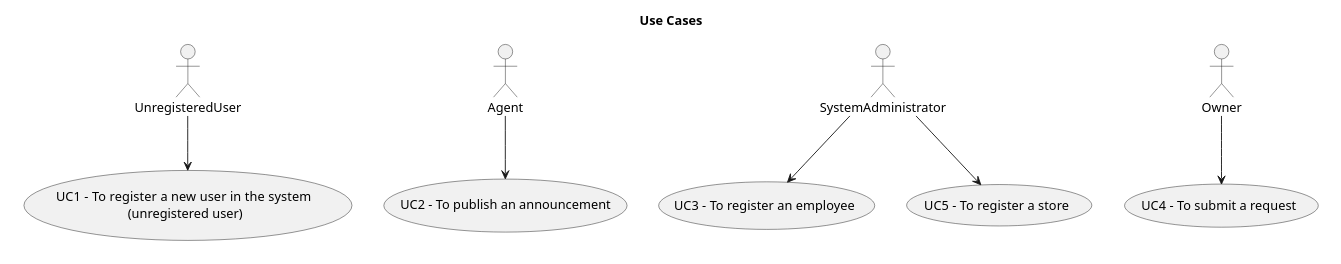
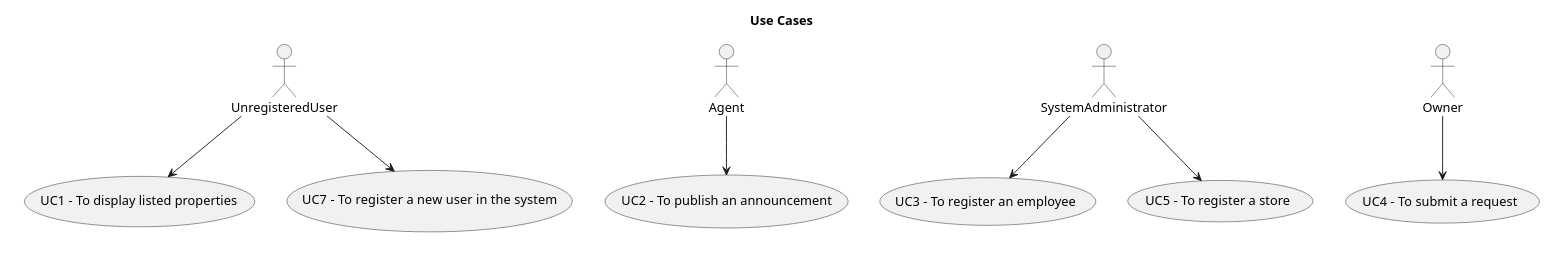
Before and after one commit to Rodrick0209/ISEP-LAPR2-22-23: the diagram in docs/Sprint-B/global-artifacts/01.requirements-engineering/puml/use-case-diagram.puml, drawn with PlantUML.

Commit message:
Sprint B Use case diagram updated

```diff
--- a/docs/Sprint-B/global-artifacts/01.requirements-engineering/puml/use-case-diagram.puml
+++ b/docs/Sprint-B/global-artifacts/01.requirements-engineering/puml/use-case-diagram.puml
@@ -1,29 +1,33 @@
 @startuml
 'skinparam monochrome true
 skinparam packageStyle rectangle
 'skinparam shadowing false
 
 skinparam rectangle{
     BorderColor white
 }
 
 'title Use Case Diagram Example
 
 top to bottom direction
 
 rectangle "Use Cases" as usecases{
+
     usecase "UC4 - To submit a request" as UC4
     Owner --> UC4
     usecase "UC3 - To register an employee" as UC3
     SystemAdministrator --> UC3
     usecase "UC5 - To register a store" as UC5
     SystemAdministrator --> UC5
     usecase "UC2 - To publish an announcement" as UC2
     Agent --> UC2
-    usecase "UC1 - To display listed properties \n(unregistered user)" as UC1
-    usecase "UC1 -  To register a new user in the system \n(unregistered user)" as UC1
+    usecase "UC1 - To display listed properties" as UC1
     UnregisteredUser --> UC1
+    usecase "UC7 -  To register a new user in the system" as UC7
+      UnregisteredUser --> UC7
+
+
     }
 
 
 @enduml
```
